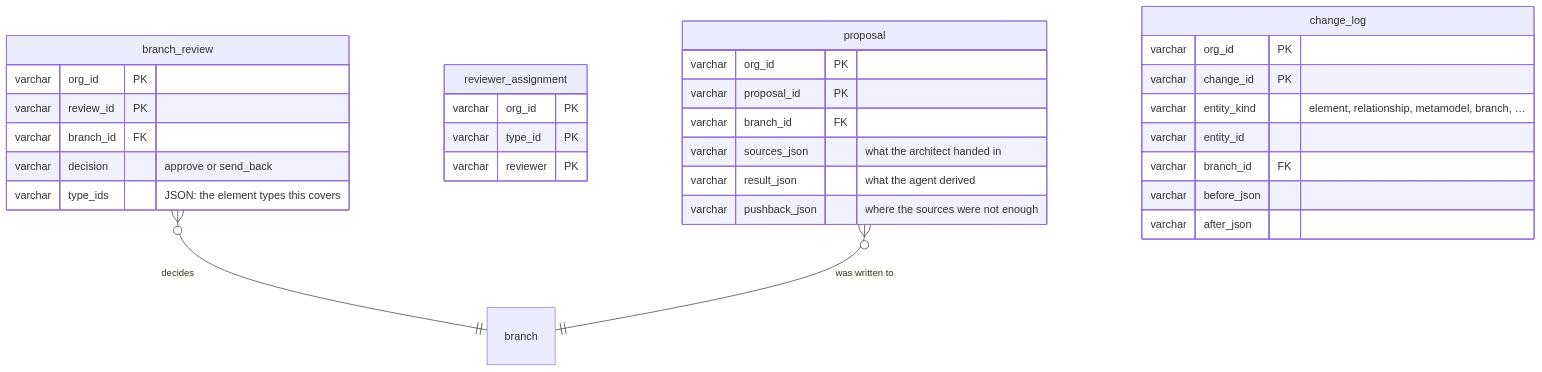
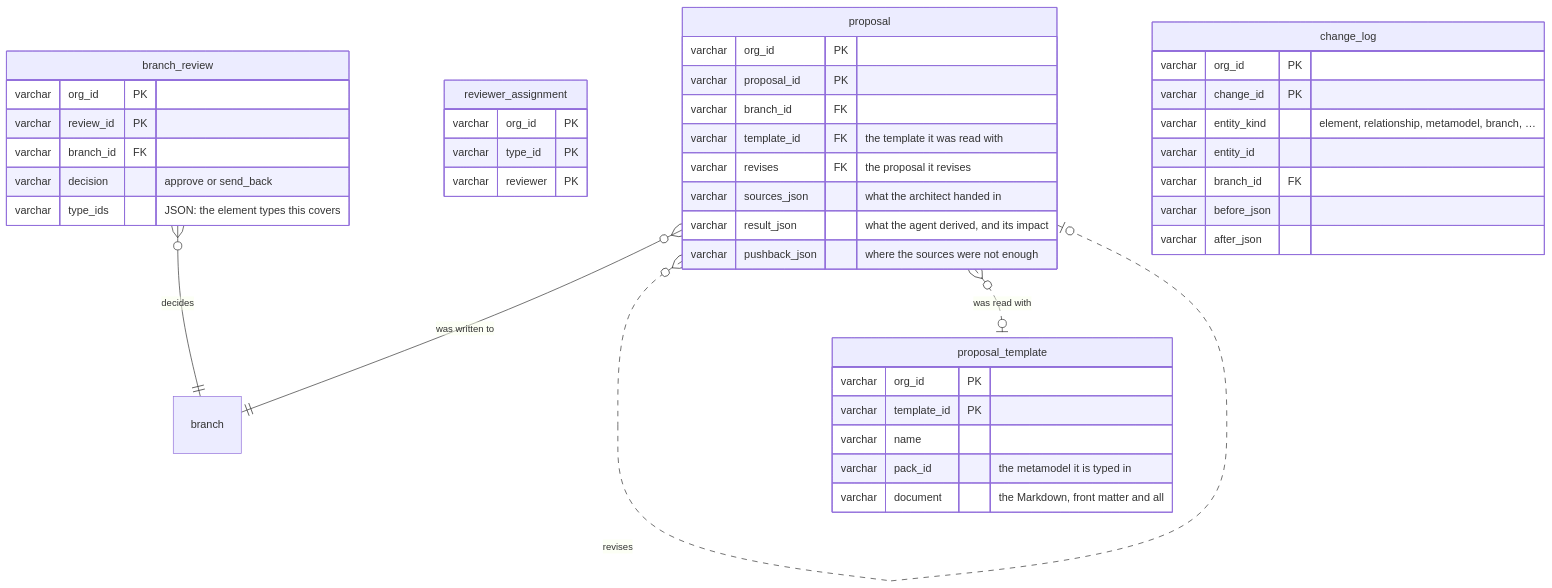
One commit to roanboc/dbx-enterprise-architecture changed the seventh of 8 diagrams in architecture/3_information/3_logical-data-model.md. Above: the diagram before and after it, drawn with Mermaid. The commit also changed other lines of this file and 8 other files, not shown here.

First line of the commit message:
docs(architecture): initiative 22 drafted for Understanding — proposal templates, revisions and impact

````diff
--- a/architecture/3_information/3_logical-data-model.md
+++ b/architecture/3_information/3_logical-data-model.md
@@ -303,34 +304,45 @@
 ```mermaid
 erDiagram
   branch_review {
     varchar org_id PK
     varchar review_id PK
     varchar branch_id FK
     varchar decision "approve or send_back"
     varchar type_ids "JSON: the element types this covers"
   }
   reviewer_assignment {
     varchar org_id PK
     varchar type_id PK
     varchar reviewer PK
   }
   proposal {
     varchar org_id PK
     varchar proposal_id PK
     varchar branch_id FK
+    varchar template_id FK "the template it was read with"
+    varchar revises FK "the proposal it revises"
     varchar sources_json "what the architect handed in"
-    varchar result_json "what the agent derived"
+    varchar result_json "what the agent derived, and its impact"
     varchar pushback_json "where the sources were not enough"
+  }
+  proposal_template {
+    varchar org_id PK
+    varchar template_id PK
+    varchar name
+    varchar pack_id "the metamodel it is typed in"
+    varchar document "the Markdown, front matter and all"
   }
   change_log {
     varchar org_id PK
     varchar change_id PK
     varchar entity_kind "element, relationship, metamodel, branch, …"
     varchar entity_id
     varchar branch_id FK
     varchar before_json
     varchar after_json
   }
   branch_review }o--|| branch : "decides"
   proposal }o--|| branch : "was written to"
+  proposal }o..o| proposal : "revises"
+  proposal }o..o| proposal_template : "was read with"
 ```
````
